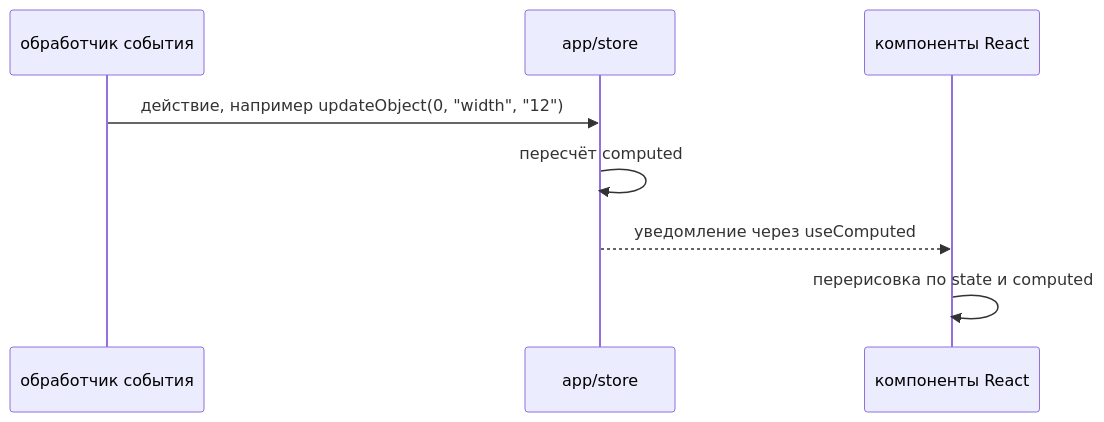
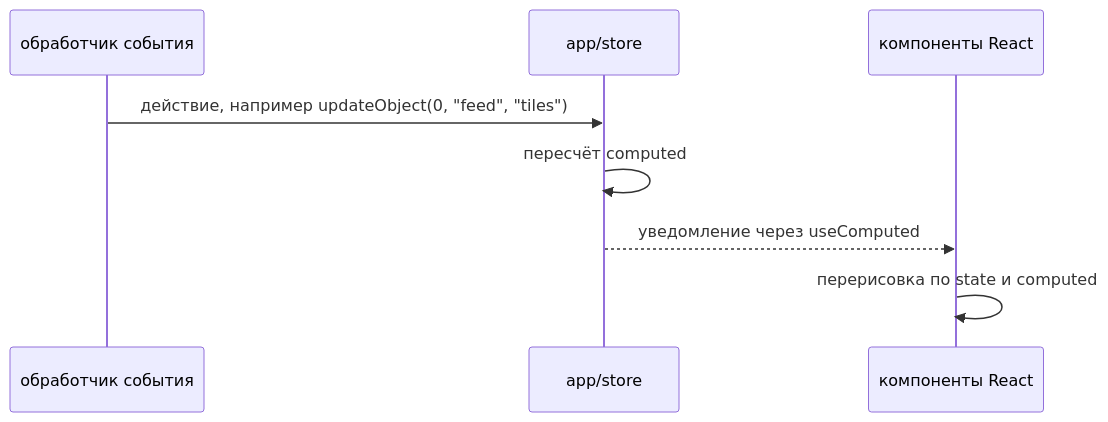
Before and after one commit to SergeyKrasnoslobodtsev/camera-calc: the second of 2 diagrams in docs/architecture/modules/ui.md, drawn with Mermaid. The commit also changed other lines of this file and 6 other files, not shown here.

````diff
--- a/docs/architecture/modules/ui.md
+++ b/docs/architecture/modules/ui.md
@@ -86,10 +88,10 @@
 ```mermaid
 sequenceDiagram
     participant E as обработчик события
     participant S as app/store
     participant C as компоненты React
-    E->>S: действие, например updateObject(0, "width", "12")
+    E->>S: действие, например updateObject(0, "feed", "tiles")
     S->>S: пересчёт computed
     S-->>C: уведомление через useComputed
     C->>C: перерисовка по state и computed
 ```
````
